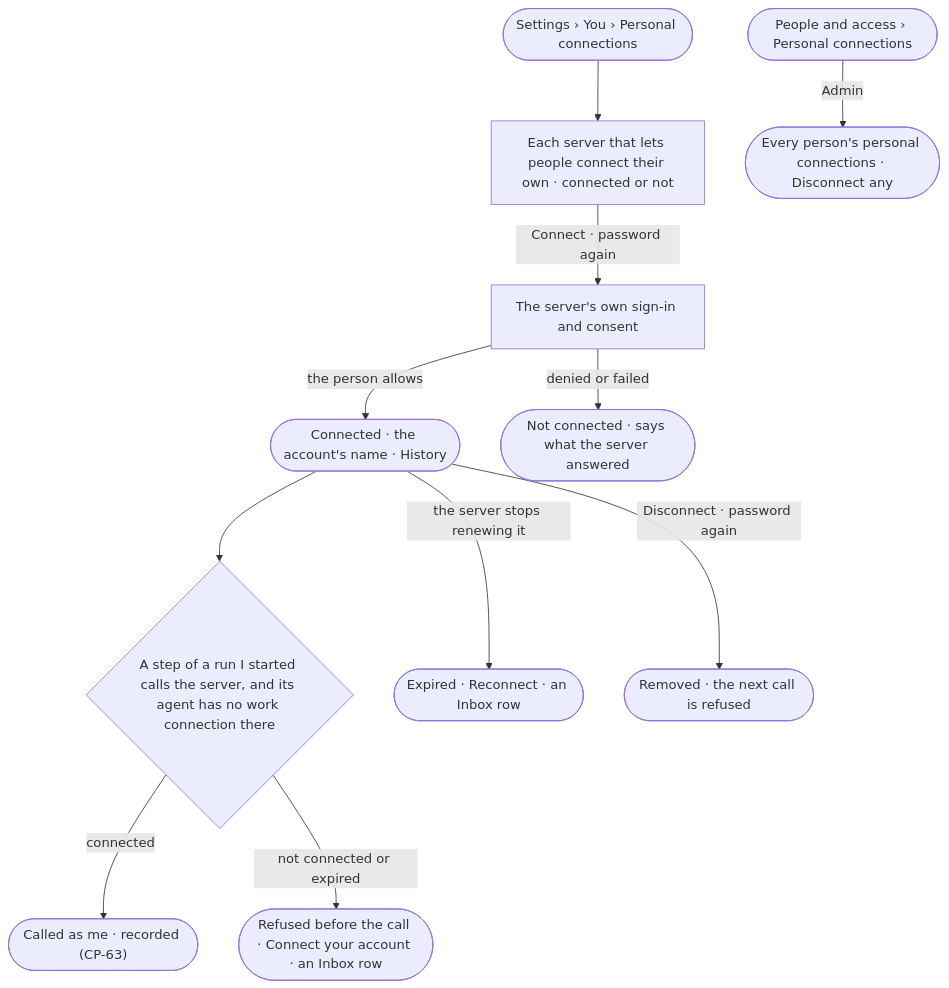
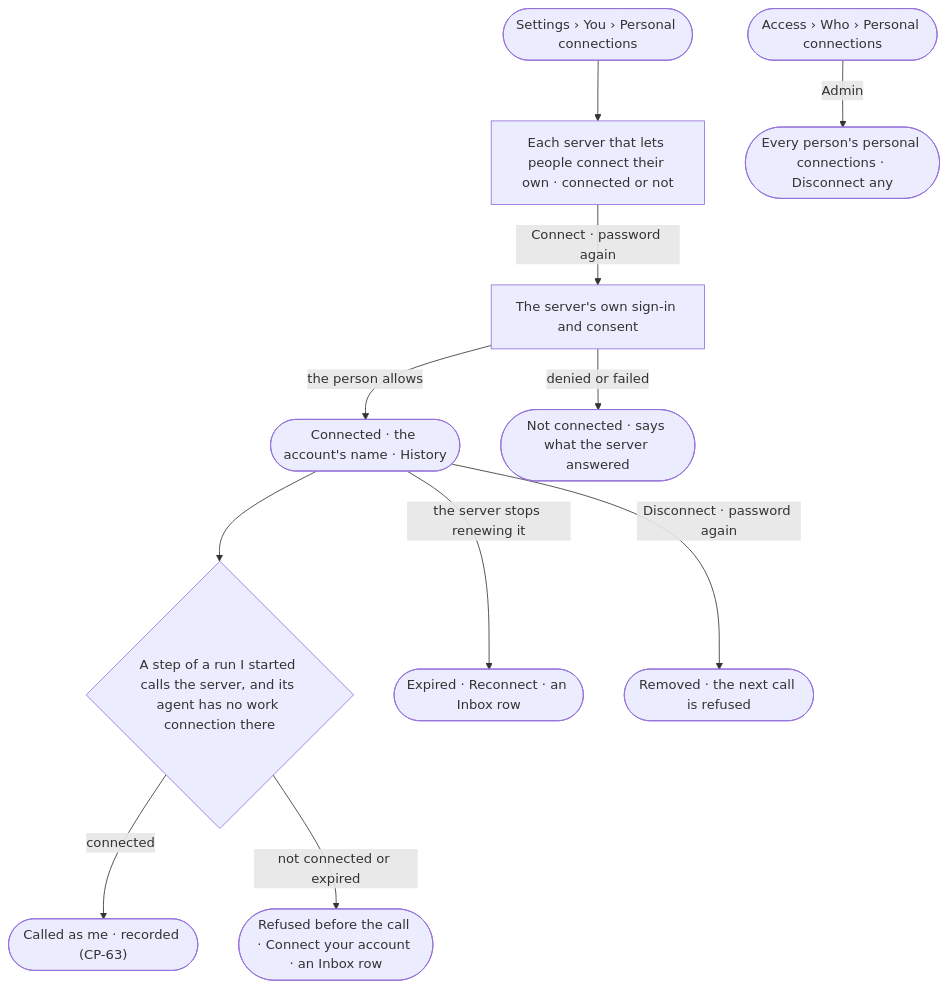
The diagram in specs/os/control/features/CP-F02-plugins-and-outside-tools/stories/CP-43-connect-my-own-account-to-an-outside-server/story.md (invana/invana), drawn with Mermaid before and after one commit. The commit also changed other lines of this file and 133 other files, not shown here.

````diff
--- a/specs/os/control/features/CP-F02-plugins-and-outside-tools/stories/CP-43-connect-my-own-account-to-an-outside-server/story.md
+++ b/specs/os/control/features/CP-F02-plugins-and-outside-tools/stories/CP-43-connect-my-own-account-to-an-outside-server/story.md
@@ -29,13 +29,13 @@
 ```mermaid
 flowchart TD
   s([Settings › You › Personal connections]) --> l["Each server that lets people connect their own · connected or not"]
   l -->|Connect · password again| go["The server's own sign-in and consent"]
   go -->|the person allows| ok(["Connected · the account's name · History"])
   go -->|denied or failed| nf(["Not connected · says what the server answered"])
   ok --> use{"A step of a run I started calls the server, and its agent has no work connection there"}
   use -->|connected| call(["Called as me · recorded (CP-63)"])
   use -->|not connected or expired| ref(["Refused before the call · Connect your account · an Inbox row"])
   ok -->|the server stops renewing it| exp(["Expired · Reconnect · an Inbox row"])
   ok -->|Disconnect · password again| dc(["Removed · the next call is refused"])
-  a([People and access › Personal connections]) -->|Admin| all(["Every person's personal connections · Disconnect any"])
+  a([Access › Who › Personal connections]) -->|Admin| all(["Every person's personal connections · Disconnect any"])
 ```
````
